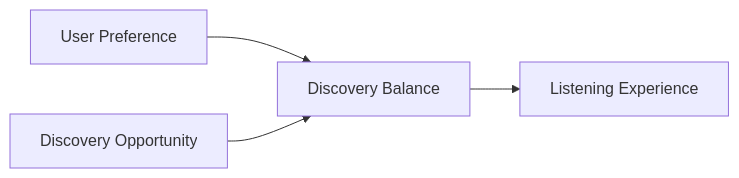
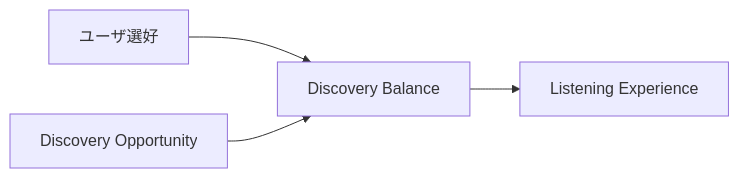
Before and after one commit to ShigeichiroYamasaki/creator-first-platform: the second of 35 diagrams in docs/whitepaper/08-discovery-community.md, drawn with Mermaid. The commit also changed other lines of this file and 67 other files, not shown here.

````diff
--- a/docs/whitepaper/08-discovery-community.md
+++ b/docs/whitepaper/08-discovery-community.md
@@ -91,10 +91,10 @@
 ```mermaid
 flowchart LR
-    PREF[User Preference]
+    PREF[ユーザ選好]
     DISC[Discovery Opportunity]
 
     PREF --> BALANCE[Discovery Balance]
     DISC --> BALANCE
 
     BALANCE --> EXPERIENCE[Listening Experience]
 ```
````
